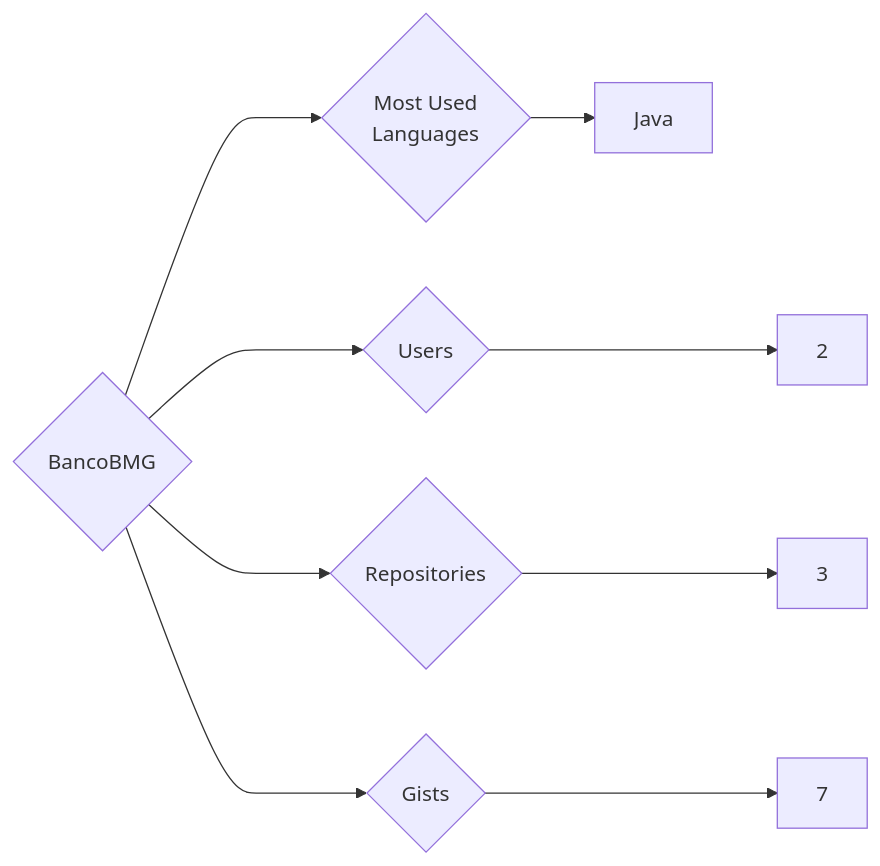
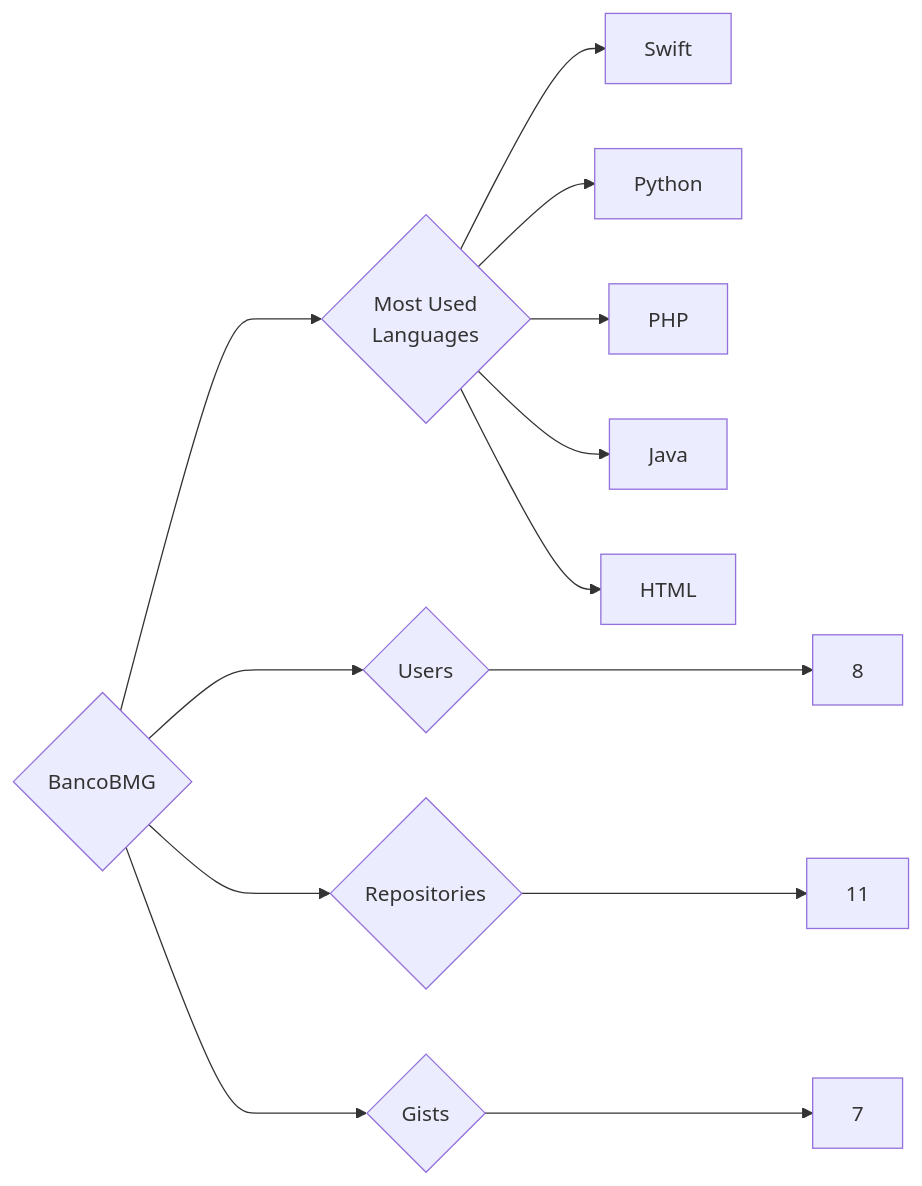
The diagram in targets/BancoBMG/README.md (trickest/insiders), drawn with Mermaid before and after one commit. The commit also changed 859 other files, not shown here.

````diff
--- a/targets/BancoBMG/README.md
+++ b/targets/BancoBMG/README.md
@@ -3,9 +3,13 @@
 ```mermaid
 graph LR
 COMPANY_NAME{BancoBMG}
-COMPANY_NAME ---> U{Users} ---> UN[2]
-COMPANY_NAME ---> R{Repositories} ---> RN[3]
+COMPANY_NAME ---> U{Users} ---> UN[8]
+COMPANY_NAME ---> R{Repositories} ---> RN[11]
 COMPANY_NAME ---> G{Gists} ---> GN[7]
 COMPANY_NAME ---> ML{Most Used<br>Languages}
+ML --> Swift[Swift]
+ML --> Python[Python]
+ML --> PHP[PHP]
 ML --> Java[Java]
+ML --> HTML[HTML]
 ```
````
